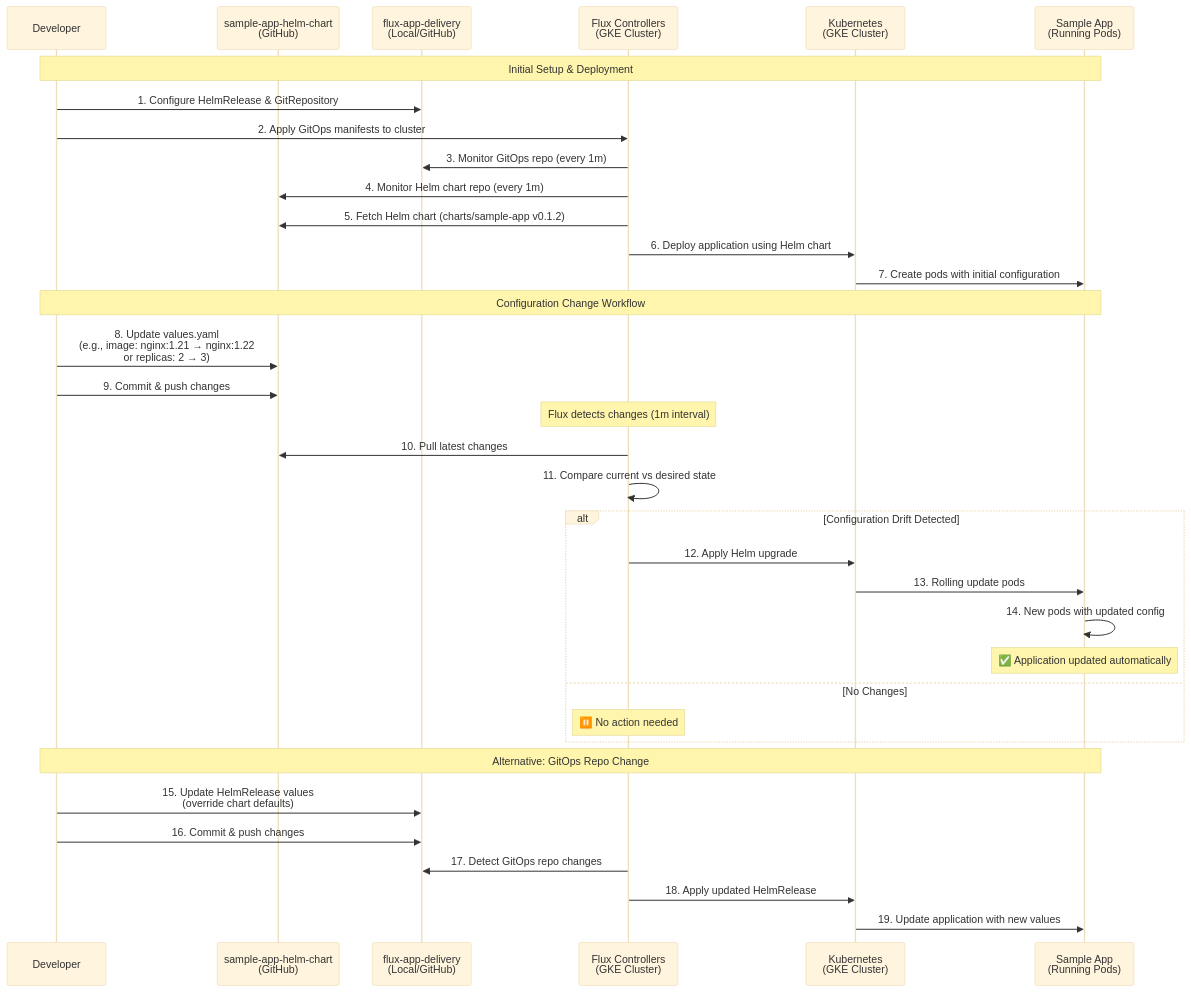
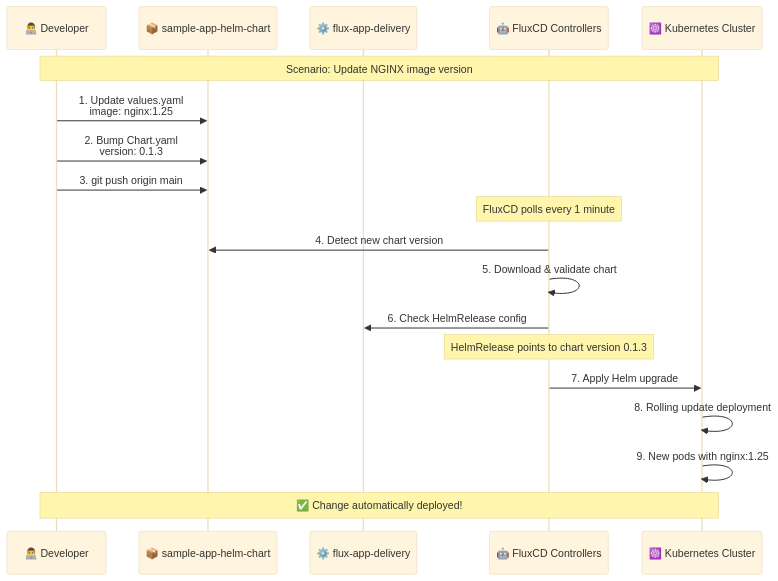
Before and after one commit to paraskanwarit/fluxcd-gitops: the third of 4 diagrams in demo-diagrams/gitops-workflow.md, drawn with Mermaid (base theme). The commit also changed other lines of this file and 28 other files, not shown here.

First line of the commit message:
📚 Complete GitOps documentation and workflow diagrams

````diff
--- a/demo-diagrams/gitops-workflow.md
+++ b/demo-diagrams/gitops-workflow.md
@@ -3,50 +78,28 @@
 ```mermaid
 sequenceDiagram
-    participant Dev as Developer
-    participant AppRepo as sample-app-helm-chart<br/>(GitHub)
-    participant GitOpsRepo as flux-app-delivery<br/>(Local/GitHub)
-    participant Flux as Flux Controllers<br/>(GKE Cluster)
-    participant K8s as Kubernetes<br/>(GKE Cluster)
-    participant App as Sample App<br/>(Running Pods)
-
-    Note over Dev,App: Initial Setup & Deployment
+    participant Dev as 👨‍💻 Developer
+    participant HelmRepo as 📦 sample-app-helm-chart
+    participant FluxRepo as ⚙️ flux-app-delivery
+    participant FluxCD as 🤖 FluxCD Controllers
+    participant K8s as ☸️ Kubernetes Cluster
     
-    Dev->>GitOpsRepo: 1. Configure HelmRelease & GitRepository
-    Dev->>Flux: 2. Apply GitOps manifests to cluster
+    Note over Dev,K8s: Scenario: Update NGINX image version
     
-    Flux->>GitOpsRepo: 3. Monitor GitOps repo (every 1m)
-    Flux->>AppRepo: 4. Monitor Helm chart repo (every 1m)
+    Dev->>HelmRepo: 1. Update values.yaml<br/>image: nginx:1.25
+    Dev->>HelmRepo: 2. Bump Chart.yaml<br/>version: 0.1.3
+    Dev->>HelmRepo: 3. git push origin main
     
-    Flux->>AppRepo: 5. Fetch Helm chart (charts/sample-app v0.1.2)
-    Flux->>K8s: 6. Deploy application using Helm chart
-    K8s->>App: 7. Create pods with initial configuration
+    Note over FluxCD: FluxCD polls every 1 minute
     
-    Note over Dev,App: Configuration Change Workflow
+    FluxCD->>HelmRepo: 4. Detect new chart version
+    FluxCD->>FluxCD: 5. Download & validate chart
     
-    Dev->>AppRepo: 8. Update values.yaml<br/>(e.g., image: nginx:1.21 → nginx:1.22<br/>or replicas: 2 → 3)
-    Dev->>AppRepo: 9. Commit & push changes
+    FluxCD->>FluxRepo: 6. Check HelmRelease config
+    Note over FluxCD: HelmRelease points to chart version 0.1.3
     
-    Note over Flux: Flux detects changes (1m interval)
+    FluxCD->>K8s: 7. Apply Helm upgrade
+    K8s->>K8s: 8. Rolling update deployment
+    K8s->>K8s: 9. New pods with nginx:1.25
     
-    Flux->>AppRepo: 10. Pull latest changes
-    Flux->>Flux: 11. Compare current vs desired state
-    
-    alt Configuration Drift Detected
-        Flux->>K8s: 12. Apply Helm upgrade
-        K8s->>App: 13. Rolling update pods
-        App->>App: 14. New pods with updated config
-        
-        Note over App: ✅ Application updated automatically
-    else No Changes
-        Note over Flux: ⏸️ No action needed
-    end
-    
-    Note over Dev,App: Alternative: GitOps Repo Change
-    
-    Dev->>GitOpsRepo: 15. Update HelmRelease values<br/>(override chart defaults)
-    Dev->>GitOpsRepo: 16. Commit & push changes
-    
-    Flux->>GitOpsRepo: 17. Detect GitOps repo changes
-    Flux->>K8s: 18. Apply updated HelmRelease
-    K8s->>App: 19. Update application with new values
+    Note over Dev,K8s: ✅ Change automatically deployed!
 ```
````
